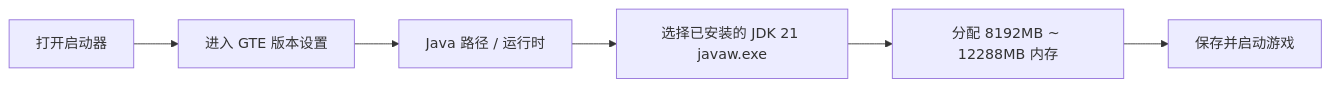
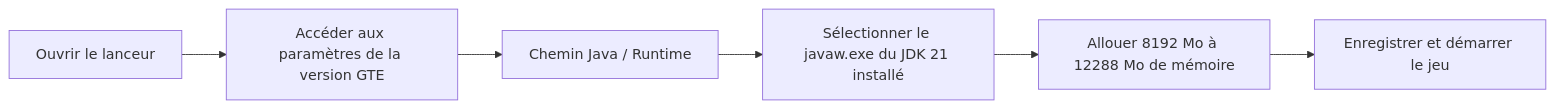
The diagram in docs/fr/download-and-play/lazy-pack.md (takanashisatou/GregtechEasy-Docs), drawn with Mermaid before and after one commit. The commit also changed other lines of this file and 99 other files, not shown here.

````diff
--- a/docs/fr/download-and-play/lazy-pack.md
+++ b/docs/fr/download-and-play/lazy-pack.md
@@ -57,8 +57,8 @@
 ```mermaid
 graph LR
-    A[打开启动器] --> B[进入 GTE 版本设置]
-    B --> C[Java 路径 / 运行时]
-    C --> D[选择已安装的 JDK 21 javaw.exe]
-    D --> E[分配 8192MB ~ 12288MB 内存]
-    E --> F[保存并启动游戏]
+    A[Ouvrir le lanceur] --> B[Accéder aux paramètres de la version GTE]
+    B --> C[Chemin Java / Runtime]
+    C --> D[Sélectionner le javaw.exe du JDK 21 installé]
+    D --> E[Allouer 8192 Mo à 12288 Mo de mémoire]
+    E --> F[Enregistrer et démarrer le jeu]
 ```
````
